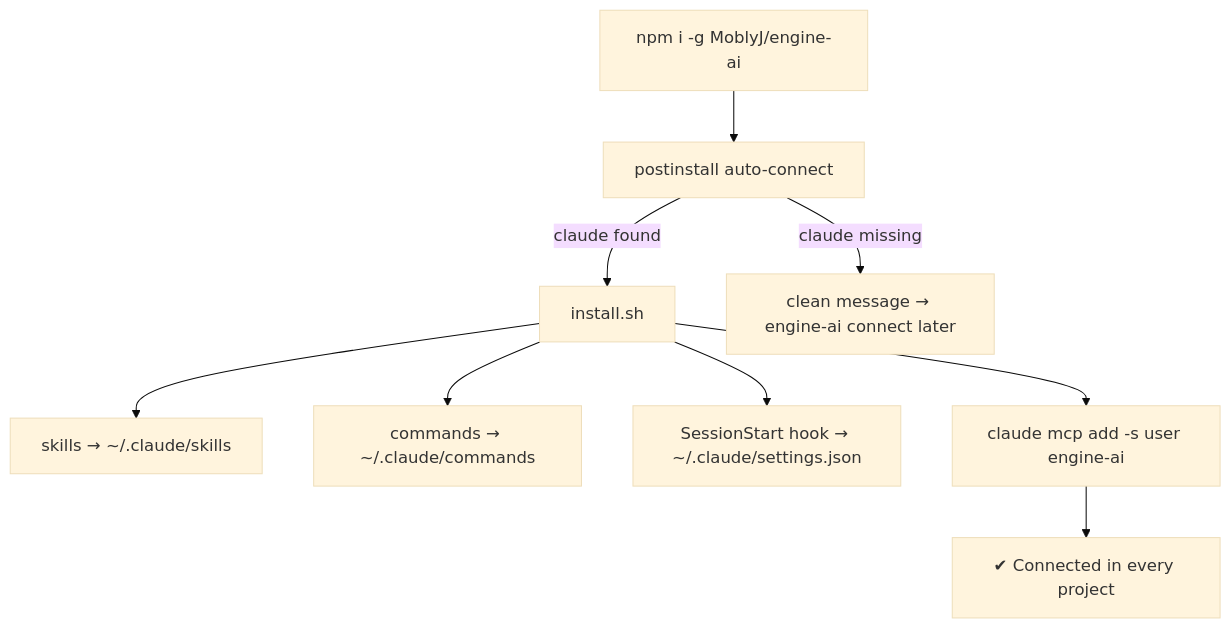
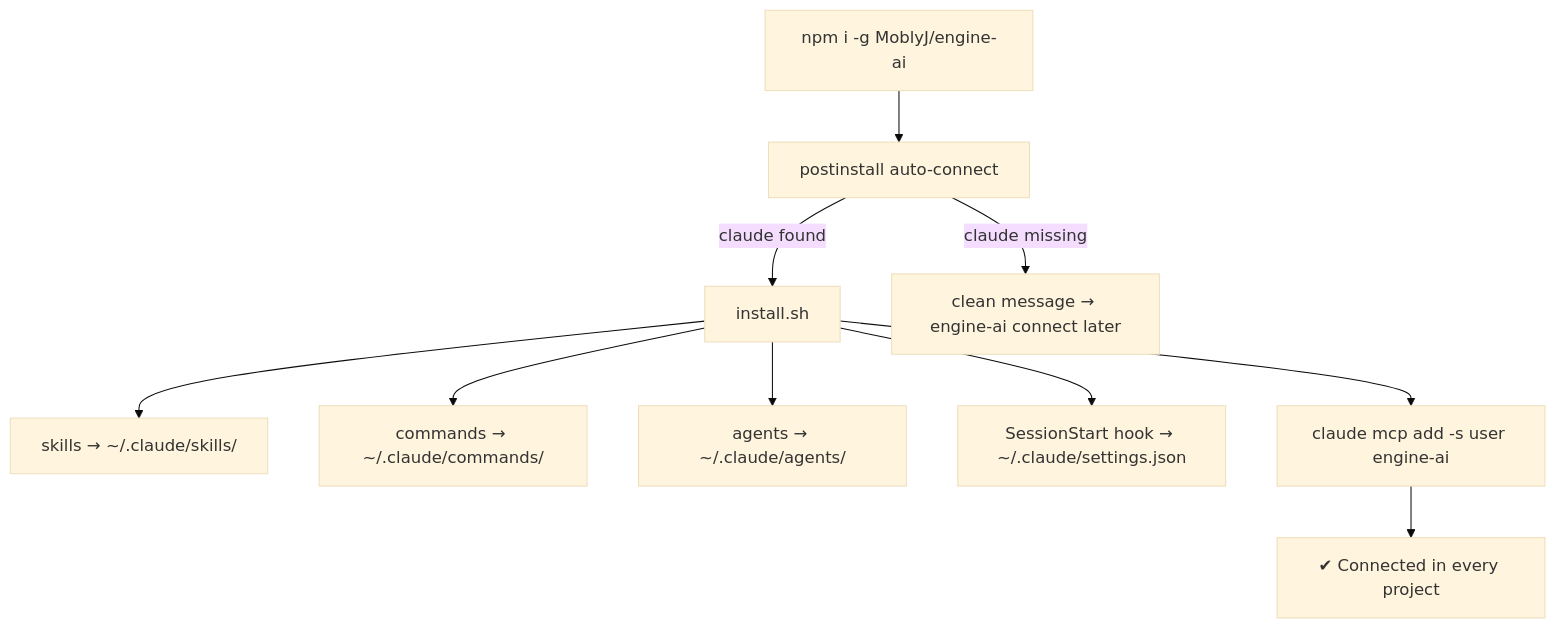
The fourth of 4 diagrams in README.md (MoblyJ/engine-ai), drawn with Mermaid (base theme) before and after one commit. The commit also changed other lines of this file, not shown here.

Commit message:
docs: comprehensive README — 6 subagents (roles/tools/A2A), 3 skills, 6 commands, 22 tools, the SessionStart hook, install/uninstall actions, and local data layout

````diff
--- a/README.md
+++ b/README.md
@@ -225,11 +259,12 @@
 ```mermaid
 flowchart TD
   N["npm i -g MoblyJ/engine-ai"] --> P[postinstall auto-connect]
   P -->|claude found| I[install.sh]
   P -->|claude missing| M["clean message → engine-ai connect later"]
-  I --> S1[skills → ~/.claude/skills]
-  I --> S2[commands → ~/.claude/commands]
+  I --> S1[skills → ~/.claude/skills/]
+  I --> S2[commands → ~/.claude/commands/]
+  I --> S5[agents → ~/.claude/agents/]
   I --> S3[SessionStart hook → ~/.claude/settings.json]
   I --> S4["claude mcp add -s user engine-ai"]
   S4 --> R["✔ Connected in every project"]
 ```
````
